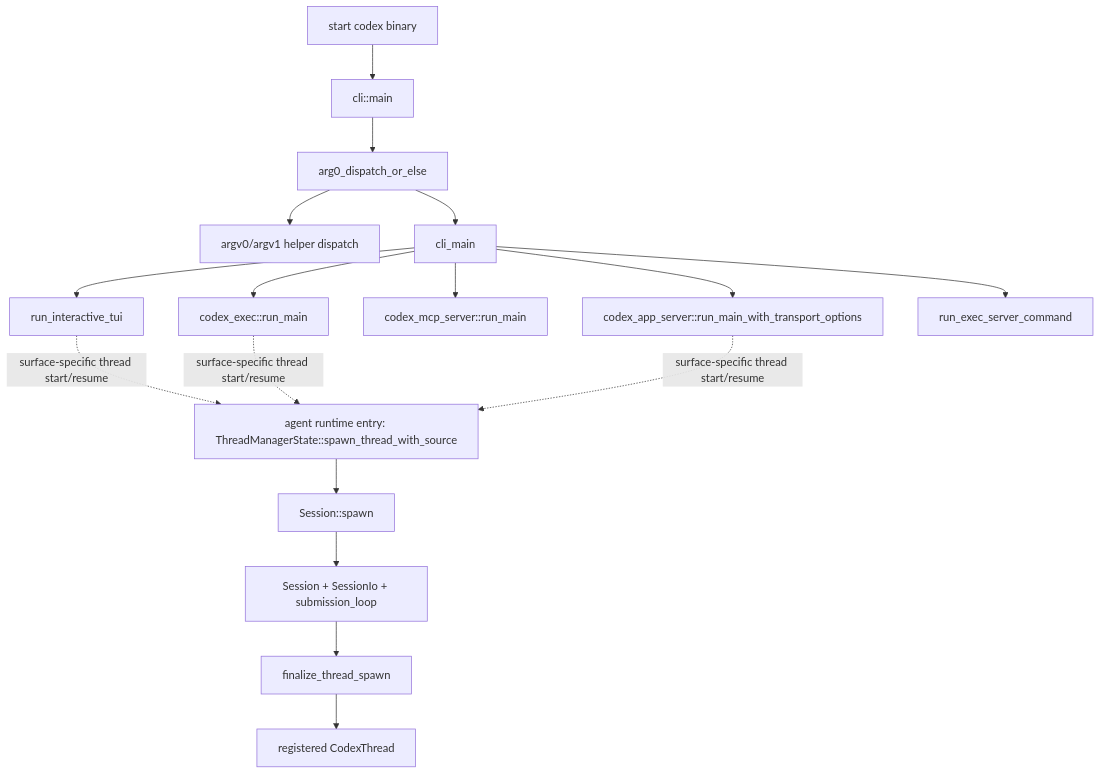
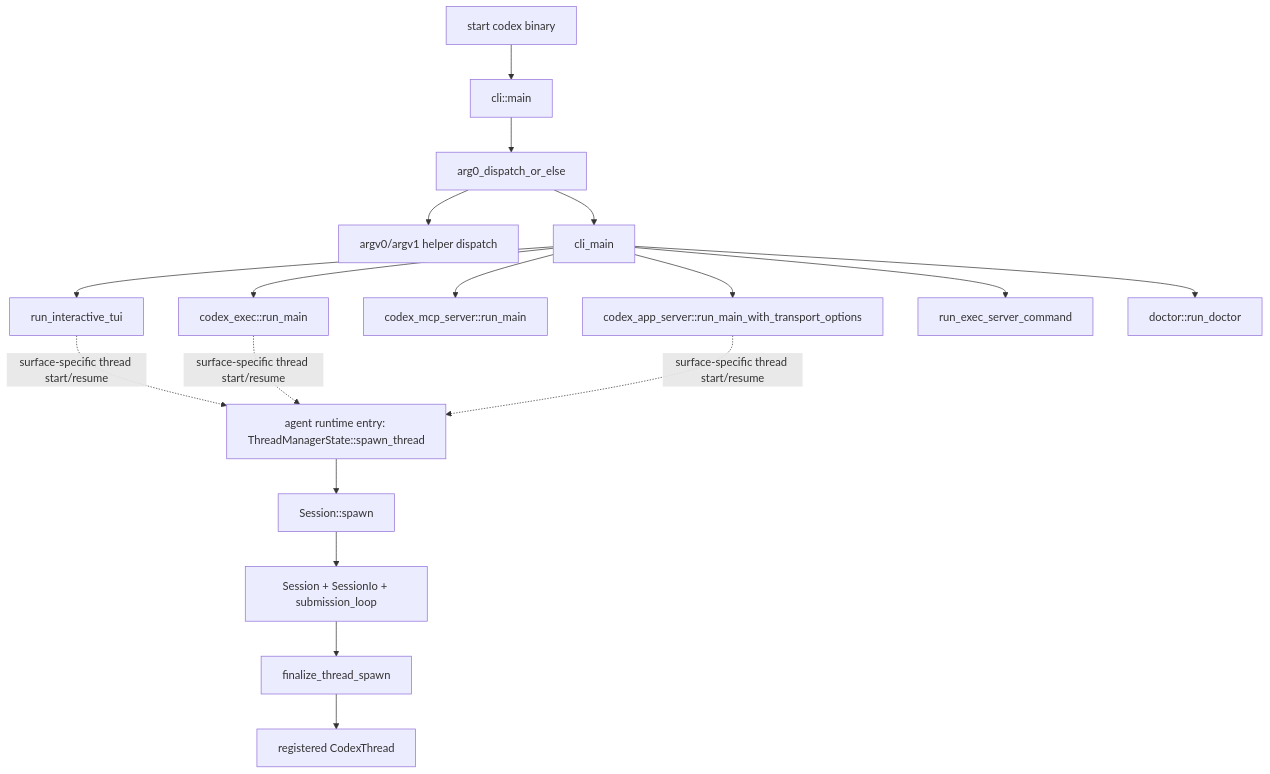
One commit to wdnmdtonyma/SOTA-Agent-LLM-Wiki changed the diagram in docs/llm-wiki/codex/spine/process-lifecycle.md. Above: the diagram before and after it, drawn with Mermaid. The commit also changed other lines of this file and 197 other files, not shown here.

````diff
--- a/docs/llm-wiki/codex/spine/process-lifecycle.md
+++ b/docs/llm-wiki/codex/spine/process-lifecycle.md
@@ -23,20 +23,21 @@
 ```mermaid
 flowchart TD
     OS["start codex binary"] --> MAIN["cli::main"]
     MAIN --> ARG0["arg0_dispatch_or_else"]
     ARG0 --> ALIAS["argv0/argv1 helper dispatch"]
     ARG0 --> CLI["cli_main"]
     CLI --> TUI["run_interactive_tui"]
     CLI --> EXEC["codex_exec::run_main"]
     CLI --> MCP["codex_mcp_server::run_main"]
     CLI --> APP["codex_app_server::run_main_with_transport_options"]
     CLI --> EXECSERVER["run_exec_server_command"]
-    TM["agent runtime entry: ThreadManagerState::spawn_thread_with_source"]
+    CLI --> DOCTOR["doctor::run_doctor"]
+    TM["agent runtime entry: ThreadManagerState::spawn_thread"]
     TUI -. "surface-specific thread start/resume" .-> TM
     EXEC -. "surface-specific thread start/resume" .-> TM
     APP -. "surface-specific thread start/resume" .-> TM
     TM --> SPAWN["Session::spawn"]
     SPAWN --> SESSION["Session + SessionIo + submission_loop"]
     SESSION --> FINALIZE["finalize_thread_spawn"]
     FINALIZE --> THREAD["registered CodexThread"]
 ```
````
